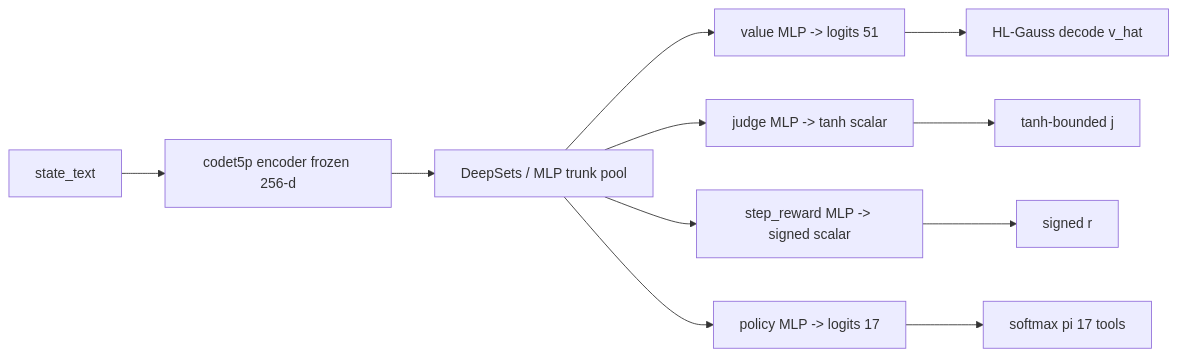
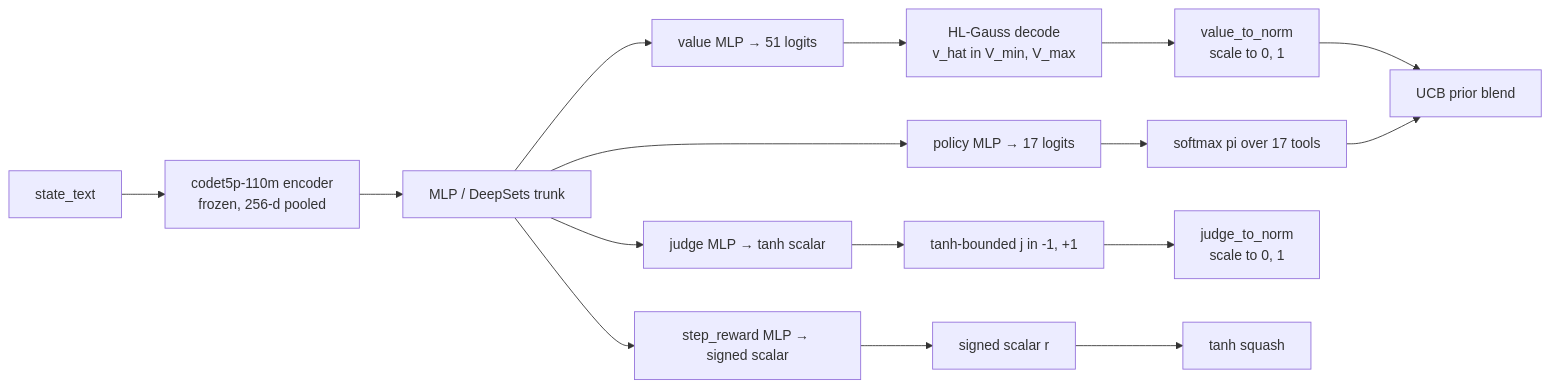
Before and after one commit to samrathchadha/perseusresearch: the first of 2 diagrams in src/content/essays/wm-heads-decoding.mdx, drawn with Mermaid. The commit also changed other lines of this file and 27 other files, not shown here.

````diff
--- a/src/content/essays/wm-heads-decoding.mdx
+++ b/src/content/essays/wm-heads-decoding.mdx
@@ -62,13 +34,18 @@
 ```mermaid
 flowchart LR
-  S[state_text] --> E[codet5p encoder frozen 256-d]
-  E --> D[DeepSets / MLP trunk pool]
-  D --> V[value MLP -> logits 51]
-  D --> J[judge MLP -> tanh scalar]
-  D --> R[step_reward MLP -> signed scalar]
-  D --> P[policy MLP -> logits 17]
-  V --> VD[HL-Gauss decode v_hat]
-  J --> JD[tanh-bounded j]
-  R --> RD[signed r]
-  P --> PD[softmax pi 17 tools]
+  S[state_text] --> E[codet5p-110m encoder<br/>frozen, 256-d pooled]
+  E --> D[MLP / DeepSets trunk]
+  D --> V[value MLP &rarr; 51 logits]
+  D --> J[judge MLP &rarr; tanh scalar]
+  D --> R[step_reward MLP &rarr; signed scalar]
+  D --> P[policy MLP &rarr; 17 logits]
+  V --> VD[HL-Gauss decode<br/>v_hat in V_min, V_max]
+  J --> JD[tanh-bounded j in -1, +1]
+  R --> RD[signed scalar r]
+  P --> PD[softmax pi over 17 tools]
+  VD --> NV[value_to_norm<br/>scale to 0, 1]
+  JD --> NJ[judge_to_norm<br/>scale to 0, 1]
+  RD --> NR[tanh squash]
+  NV --> UCB[UCB prior blend]
+  PD --> UCB
 ```
````
